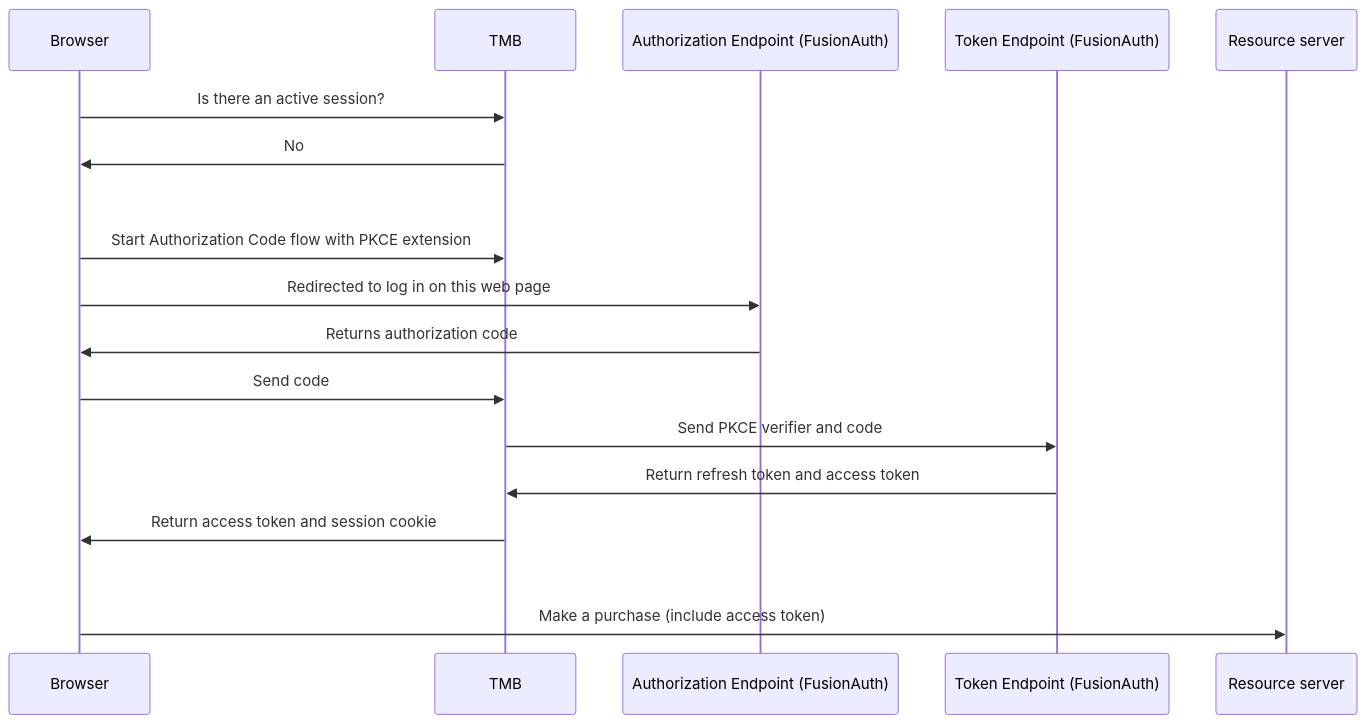
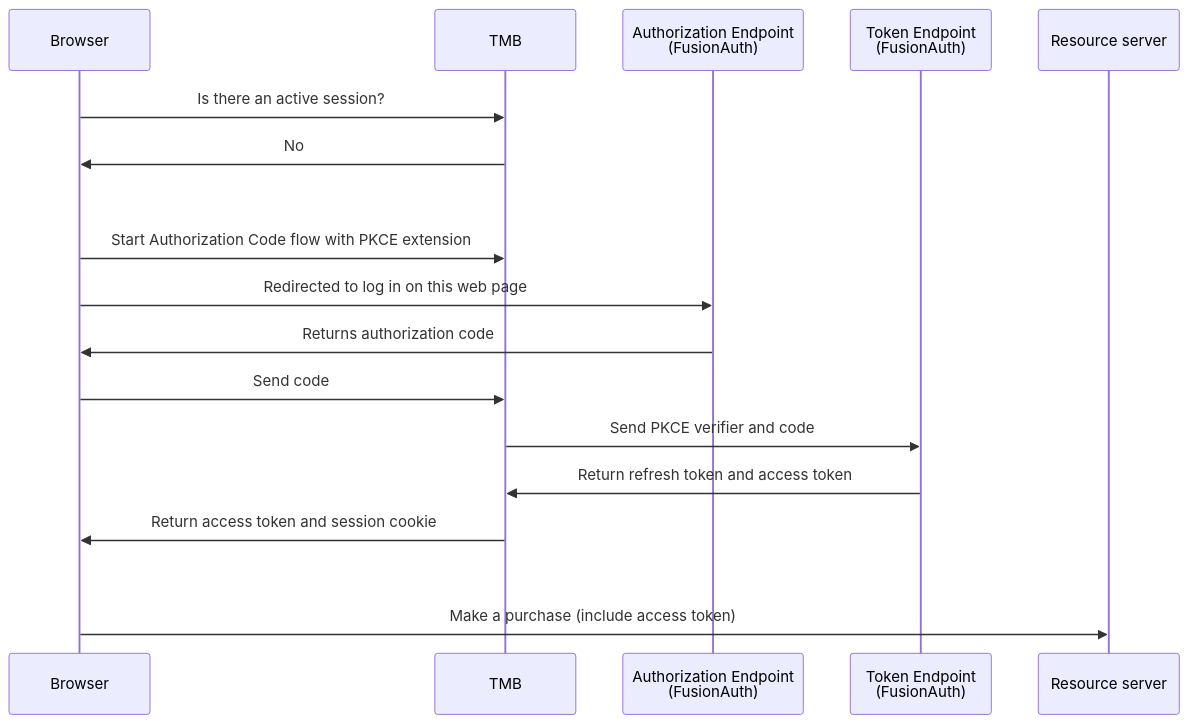
One commit to FusionAuth/fusionauth-site changed the second of 2 diagrams in astro/src/content/blog/auth-architecture-part2-TMB.mdx. Above: the diagram before and after it, drawn with Mermaid. The commit also changed other lines of this file, not shown here.

````diff
--- a/astro/src/content/blog/auth-architecture-part2-TMB.mdx
+++ b/astro/src/content/blog/auth-architecture-part2-TMB.mdx
@@ -150,22 +150,22 @@
 ```mermaid
 sequenceDiagram
 	%%{init:{"themeVariables": { "noteBkgColor":"transparent", "noteTextColor":"transparent", "noteBorderColor":"transparent" }}}%%
 	participant B as Browser
 	participant T as TMB
-	participant A as Authorization Endpoint (FusionAuth)
-	participant O as Token Endpoint (FusionAuth)
+	participant A as Authorization Endpoint <br/>(FusionAuth)
+	participant O as Token Endpoint <br/>(FusionAuth)
 	participant R as Resource server
 
 	B->>T: Is there an active session?
 	T->>B: No
 	Note over B,T: .
 	B->>T: Start Authorization Code flow with PKCE extension
 	B->>A: Redirected to log in on this web page
 	A->>B: Returns authorization code
 	B->>T: Send code
 	T->>O: Send PKCE verifier and code
 	O->>T: Return refresh token and access token
 	T->>B: Return access token and session cookie
 	Note over B,T: .
 	B->>R: Make a purchase (include access token)
 ```
````
